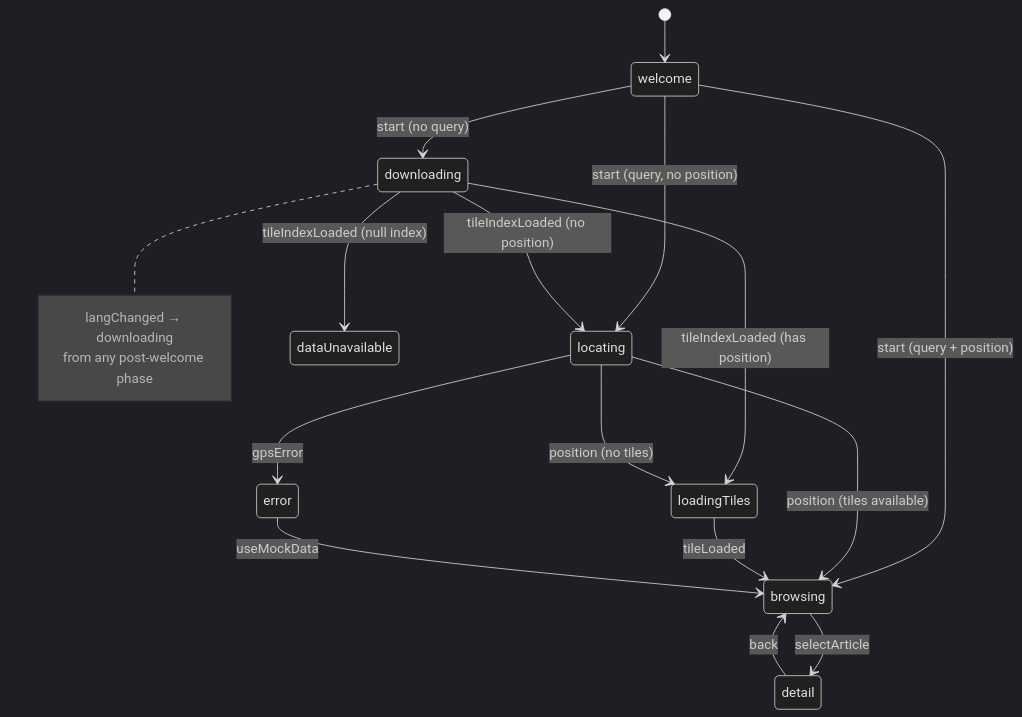
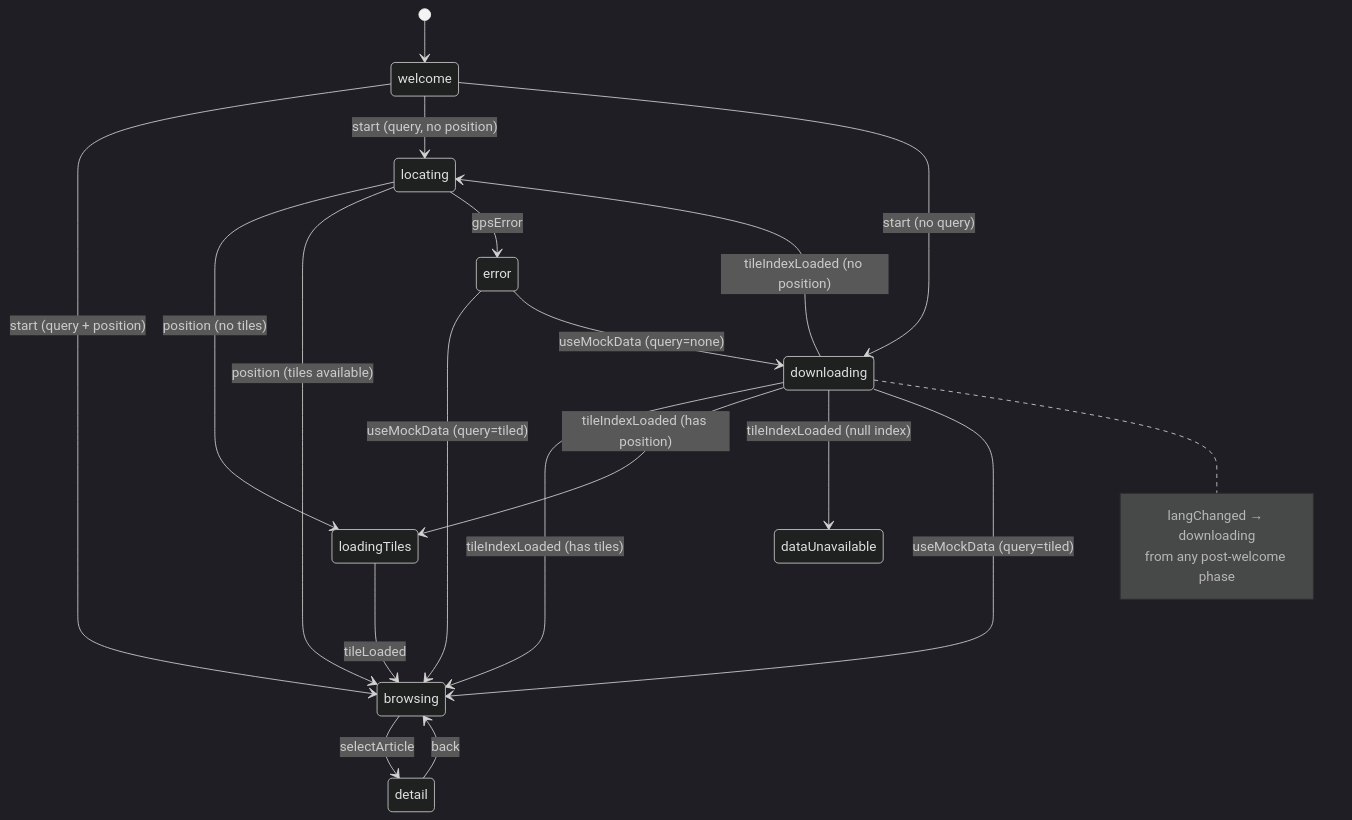
Before and after one commit to ChrisSteinbach/tour-guide: the diagram in docs/state-machine.md, drawn with Mermaid (dark theme).

Commit message:
Add missing transitions to state machine diagram
Add three phase-changing transitions that were absent from the original
ASCII diagram but documented in the transition table:
- downloading → browsing via tileIndexLoaded (tiles already loaded)
- downloading → browsing via useMockData (query=tiled)
- error → downloading via useMockData (query=none)

````diff
--- a/docs/state-machine.md
+++ b/docs/state-machine.md
@@ -101,27 +101,30 @@
 ```mermaid
 stateDiagram-v2
     [*] --> welcome
 
     welcome --> browsing : start (query + position)
     welcome --> locating : start (query, no position)
     welcome --> downloading : start (no query)
 
+    downloading --> browsing : tileIndexLoaded (has tiles)
     downloading --> loadingTiles : tileIndexLoaded (has position)
     downloading --> locating : tileIndexLoaded (no position)
     downloading --> dataUnavailable : tileIndexLoaded (null index)
+    downloading --> browsing : useMockData (query=tiled)
 
     locating --> loadingTiles : position (no tiles)
     locating --> browsing : position (tiles available)
     locating --> error : gpsError
 
     loadingTiles --> browsing : tileLoaded
-    error --> browsing : useMockData
+    error --> browsing : useMockData (query=tiled)
+    error --> downloading : useMockData (query=none)
 
     browsing --> detail : selectArticle
     detail --> browsing : back
 
     note right of downloading
         langChanged → downloading
         from any post-welcome phase
     end note
 ```
````
